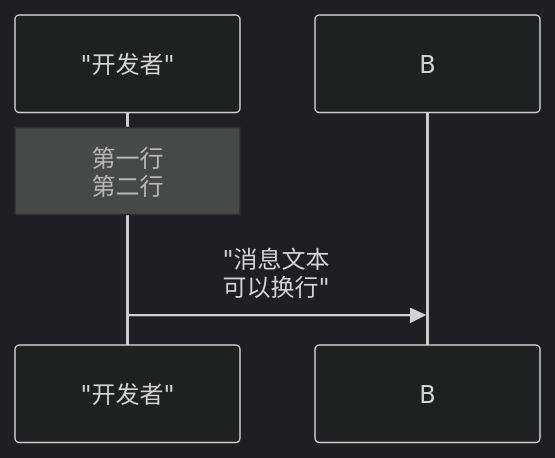
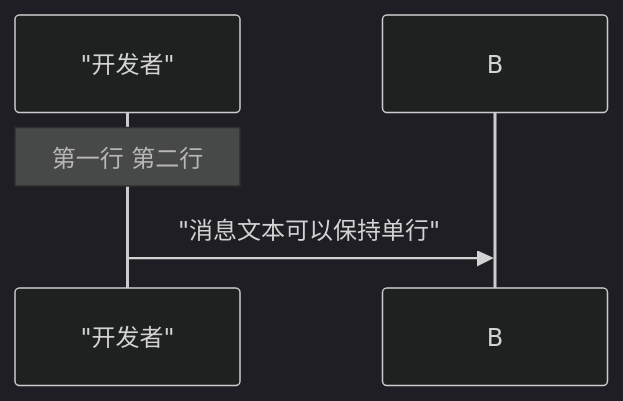
Before and after one commit to xinetzone/SpecWeave: the sixth of 10 diagrams in docs/retrospective/patterns/code-patterns/mermaid-safe-coding-rules.md, drawn with Mermaid (dark theme). The commit also changed other lines of this file and 41 other files, not shown here.

First line of the commit message:
feat(mermaid): CI历史债务ratchet基线门禁与节点文本单行化策略

````diff
--- a/docs/retrospective/patterns/code-patterns/mermaid-safe-coding-rules.md
+++ b/docs/retrospective/patterns/code-patterns/mermaid-safe-coding-rules.md
@@ -113,6 +114,6 @@
 ```mermaid
 sequenceDiagram
     participant A as "开发者"
-    Note over A: 第一行<br/>第二行
-    A->>B: "消息文本<br/>可以换行"
+    Note over A: 第一行 第二行
+    A->>B: "消息文本可以保持单行"
 ```
````
